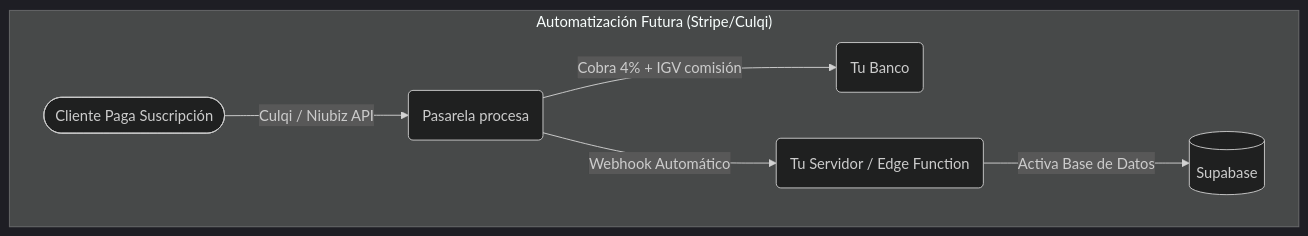
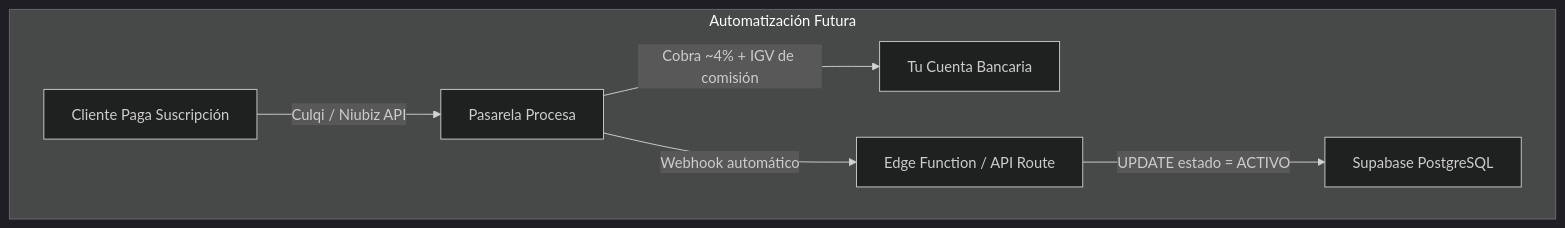
One commit to redentor159/sistema-erp-inventario changed the fourth of 6 diagrams in docs/17_ANALISIS_NEGOCIO_SAAS.md. Above: the diagram before and after it, drawn with Mermaid (dark theme). The commit also changed other lines of this file and 3 other files, not shown here.

Commit message:
docs: refactorizar analisis de negocio y guia de migracion SaaS con diagramas Mermaid y tablas de alta densidad

````diff
--- a/docs/17_ANALISIS_NEGOCIO_SAAS.md
+++ b/docs/17_ANALISIS_NEGOCIO_SAAS.md
@@ -125,9 +154,9 @@
 ```mermaid
 graph TD
-    subgraph AutomatizacionFutura ["Automatización Futura (Stripe/Culqi)"]
-        A([Cliente Paga Suscripción]) -->|Culqi / Niubiz API| B(Pasarela procesa)
-        B -- Cobra 4% + IGV comisión --> C(Tu Banco)
-        B -- Webhook Automático --> D(Tu Servidor / Edge Function)
-        D -- Activa Base de Datos --> E[(Supabase)]
+    subgraph Automatización Futura
+        A["Cliente Paga Suscripción"] -->|"Culqi / Niubiz API"| B["Pasarela Procesa"]
+        B -- "Cobra ~4% + IGV de comisión" --> C["Tu Cuenta Bancaria"]
+        B -- "Webhook automático" --> D["Edge Function / API Route"]
+        D -- "UPDATE estado = ACTIVO" --> E["Supabase PostgreSQL"]
     end
 ```
````
